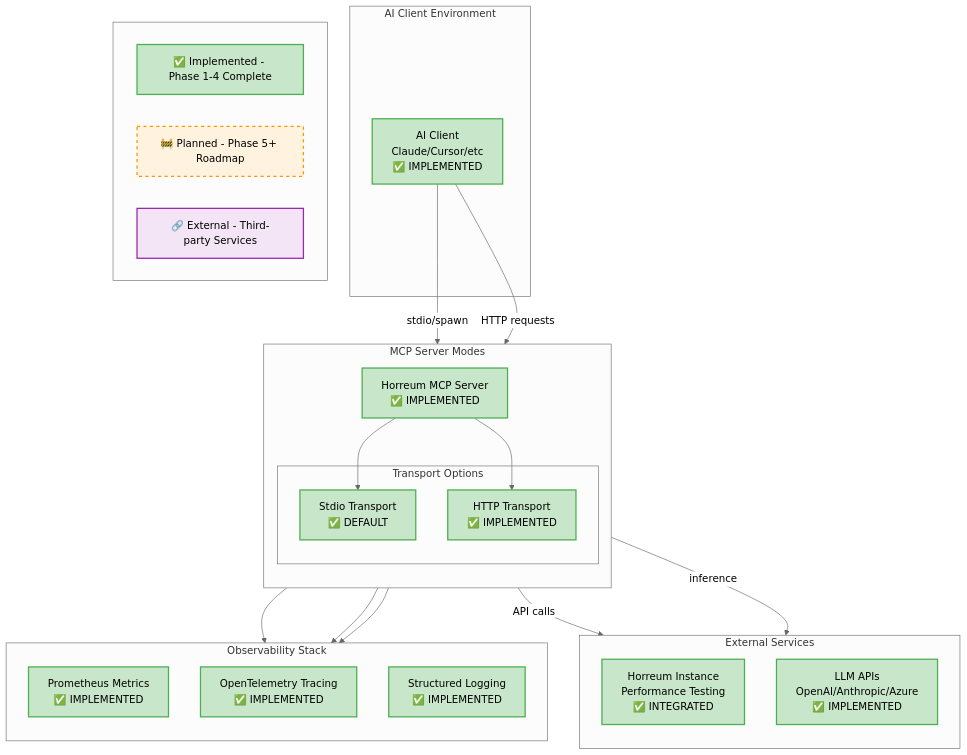
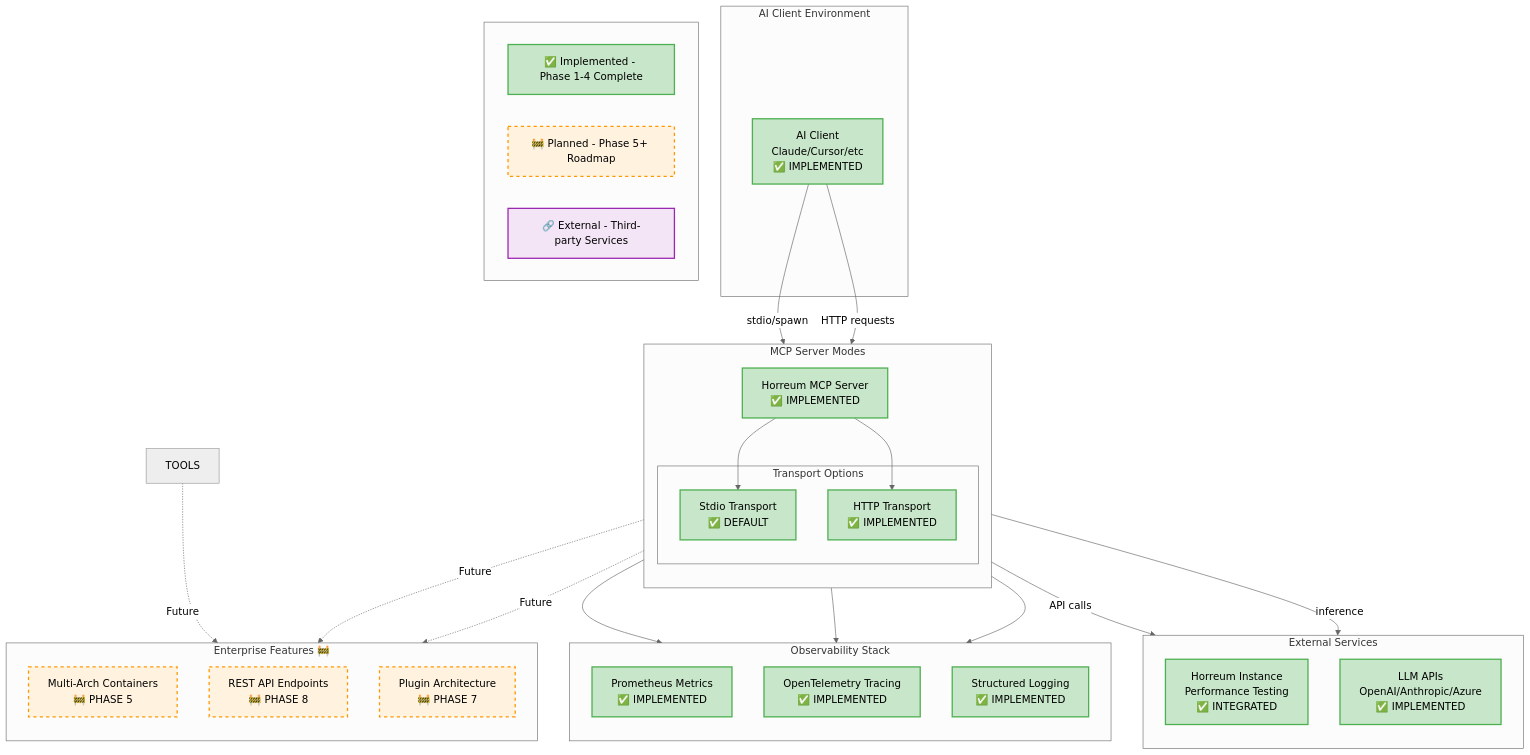
Before and after one commit to dustinblack/horreum-mcp: the first of 4 diagrams in README.md, drawn with Mermaid (neutral theme). The commit also changed other lines of this file and 1 other file, not shown here.

First line of the commit message:
docs: enhance development plan and README with enterprise deployment roadmap

````diff
--- a/README.md
+++ b/README.md
@@ -47,57 +54,71 @@
 ```mermaid
 graph TB
     subgraph "AI Client Environment"
         AI[AI Client<br/>Claude/Cursor/etc<br/>✅ IMPLEMENTED]
     end
 
     subgraph "MCP Server Modes"
         direction TB
         MCP[Horreum MCP Server<br/>✅ IMPLEMENTED]
 
         subgraph "Transport Options"
             STDIO[Stdio Transport<br/>✅ DEFAULT]
             HTTP[HTTP Transport<br/>✅ IMPLEMENTED]
         end
 
         MCP --> STDIO
         MCP --> HTTP
     end
 
     subgraph "External Services"
         direction TB
         HORREUM[Horreum Instance<br/>Performance Testing<br/>✅ INTEGRATED]
         LLM[LLM APIs<br/>OpenAI/Anthropic/Azure<br/>✅ IMPLEMENTED]
     end
 
     subgraph "Observability Stack"
         direction TB
         PROM[Prometheus Metrics<br/>✅ IMPLEMENTED]
         OTEL[OpenTelemetry Tracing<br/>✅ IMPLEMENTED]
         LOGS[Structured Logging<br/>✅ IMPLEMENTED]
     end
 
     AI -->|stdio/spawn| STDIO
     AI -->|HTTP requests| HTTP
     MCP -->|API calls| HORREUM
     HTTP -->|inference| LLM
     MCP --> PROM
     MCP --> OTEL
     MCP --> LOGS
 
     classDef implemented fill:#c8e6c9,stroke:#4caf50,stroke-width:2px,color:#000000
     classDef planned fill:#fff3e0,stroke:#ff9800,stroke-width:2px,stroke-dasharray: 5 5,color:#000000
     classDef external fill:#f3e5f5,stroke:#9c27b0,stroke-width:2px,color:#000000
 
     class AI,STDIO,MCP,HORREUM,PROM,OTEL,LOGS,HTTP,LLM implemented
 
+    %% Future Enhancements (Phase 5+)
+    subgraph "Enterprise Features 🚧"
+        direction TB
+        CONTAINER[Multi-Arch Containers<br/>🚧 PHASE 5]
+        REST[REST API Endpoints<br/>🚧 PHASE 8]
+        PLUGIN[Plugin Architecture<br/>🚧 PHASE 7]
+    end
+
+    MCP -.->|"Future"| CONTAINER
+    HTTP -.->|"Future"| REST
+    TOOLS -.->|"Future"| PLUGIN
+
+    class CONTAINER,REST,PLUGIN planned
+
     %% Legend
     subgraph Legend[" "]
         L1[✅ Implemented - Phase 1-4 Complete]
         L2[🚧 Planned - Phase 5+ Roadmap]
         L3[🔗 External - Third-party Services]
     end
 
     class L1 implemented
     class L2 planned
     class L3 external
 ```
````
